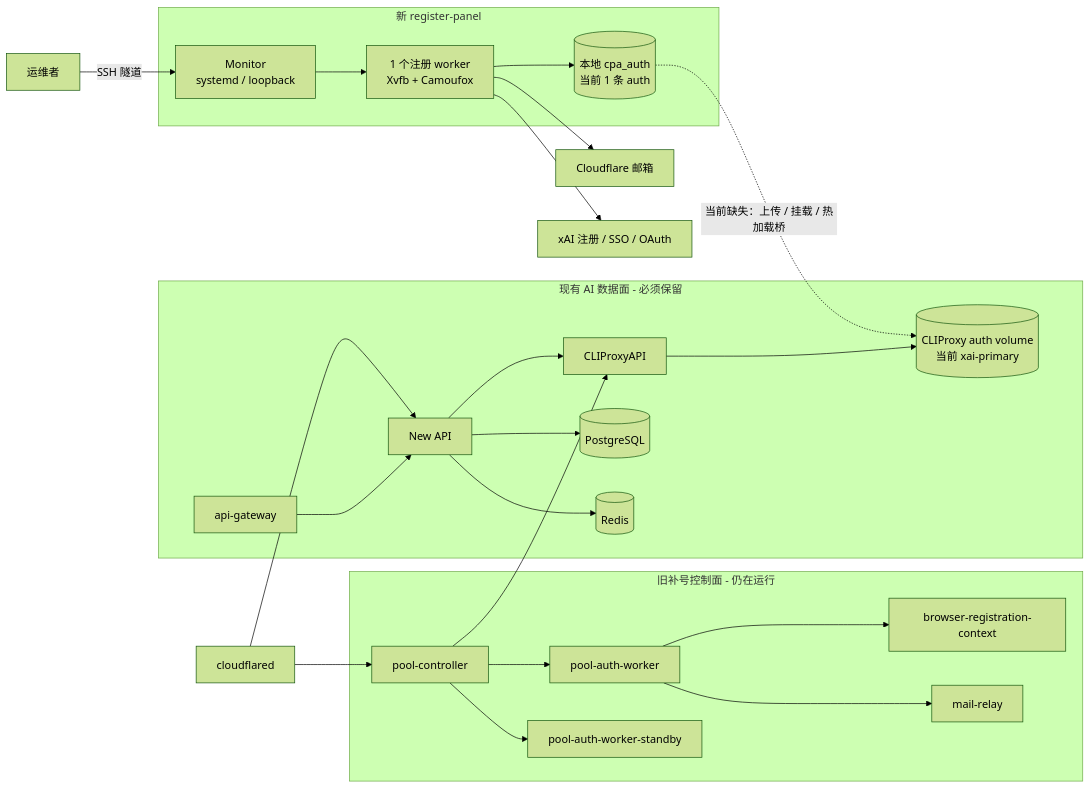
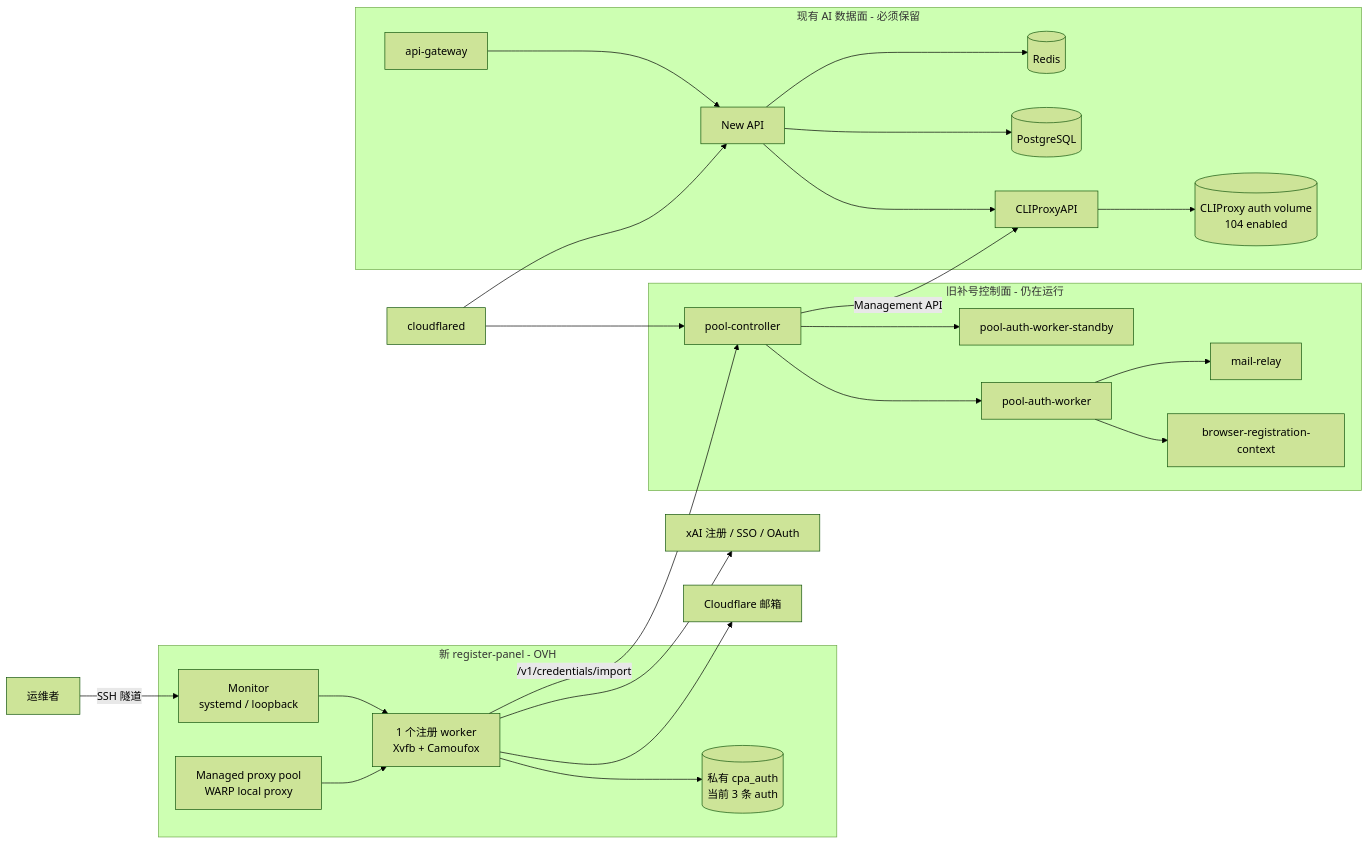
The first of 5 diagrams in docs/CONVERGENCE_AND_GAPS.md (canxua/grok-register-panel), drawn with Mermaid (forest theme) before and after one commit. The commit also changed other lines of this file and 10 other files, not shown here.

Commit message:
docs(ops): record verified OVH registration architecture

````diff
--- a/docs/CONVERGENCE_AND_GAPS.md
+++ b/docs/CONVERGENCE_AND_GAPS.md
@@ -41,39 +38,41 @@
 ```mermaid
 flowchart LR
     operator["运维者"] -->|"SSH 隧道"| panel
 
-    subgraph new_panel["新 register-panel"]
+    subgraph new_panel["新 register-panel - OVH"]
         panel["Monitor<br/>systemd / loopback"]
         worker["1 个注册 worker<br/>Xvfb + Camoufox"]
-        panel_store[("本地 cpa_auth<br/>当前 1 条 auth")]
+        proxy["Managed proxy pool<br/>WARP local proxy"]
+        panel_store[("私有 cpa_auth<br/>当前 3 条 auth")]
         panel --> worker --> panel_store
+        proxy --> worker
     end
 
     worker --> mail["Cloudflare 邮箱"]
     worker --> xai["xAI 注册 / SSO / OAuth"]
 
     subgraph old_supply["旧补号控制面 - 仍在运行"]
         controller["pool-controller"]
         old_worker["pool-auth-worker"]
         standby["pool-auth-worker-standby"]
         browser_ctx["browser-registration-context"]
         mail_relay["mail-relay"]
         controller --> old_worker
         controller --> standby
         old_worker --> browser_ctx
         old_worker --> mail_relay
     end
 
     subgraph data_plane["现有 AI 数据面 - 必须保留"]
         gateway["api-gateway"] --> newapi["New API"]
         newapi --> cpa["CLIProxyAPI"]
         newapi --> pg[("PostgreSQL")]
         newapi --> redis[("Redis")]
-        cpa --> live_auth[("CLIProxy auth volume<br/>当前 xai-primary")]
+        cpa --> live_auth[("CLIProxy auth volume<br/>104 enabled")]
     end
 
-    controller --> cpa
-    panel_store -. "当前缺失：上传 / 挂载 / 热加载桥" .-> live_auth
+    worker -->|"/v1/credentials/import"| controller
+    controller -->|"Management API"| cpa
     tunnel["cloudflared"] --> controller
     tunnel --> newapi
 ```
````
